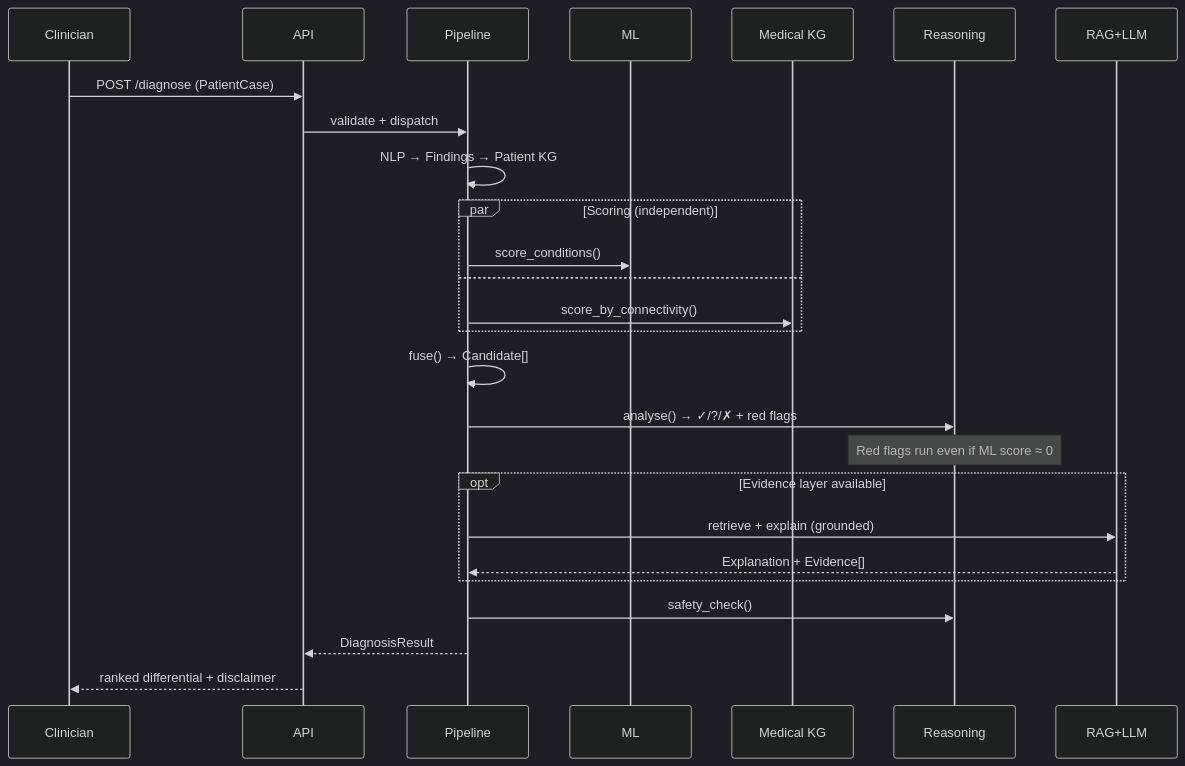
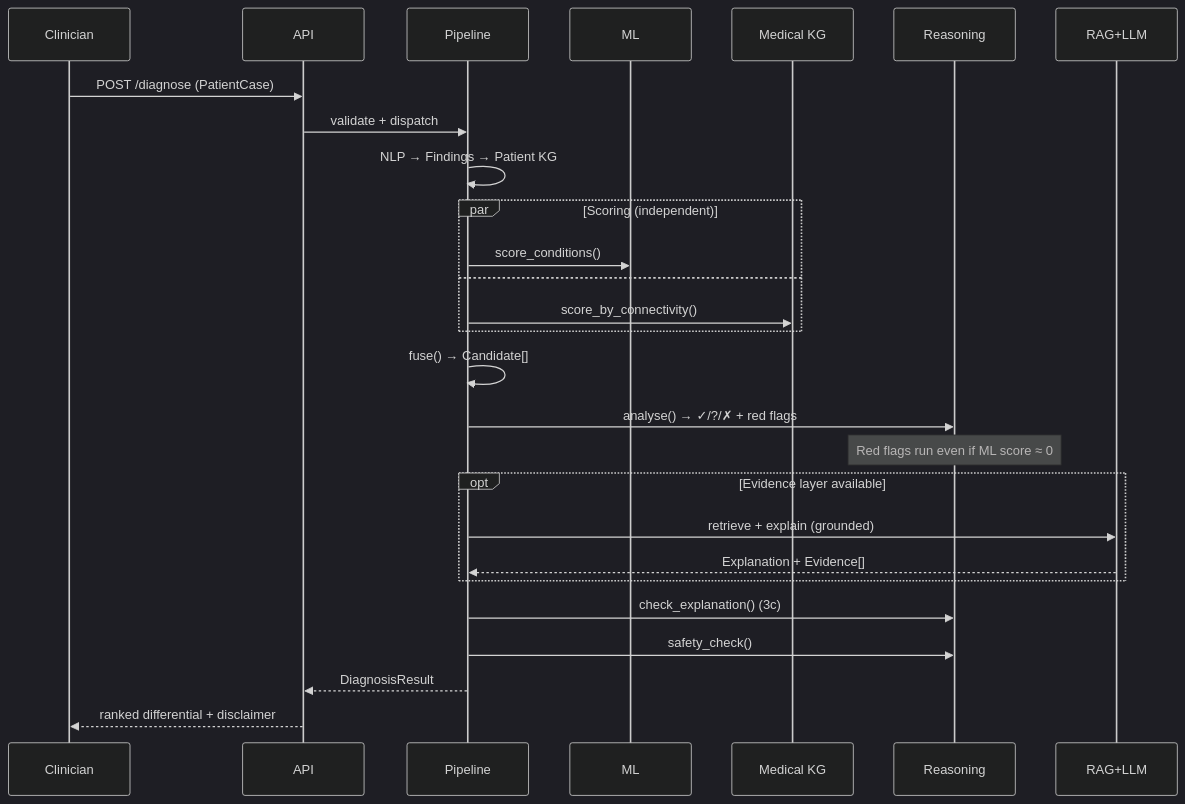
Before and after one commit to HarshRohila02/nightingale: the second of 3 diagrams in docs/02-architecture.md, drawn with Mermaid (dark theme). The commit also changed other lines of this file and 4 other files, not shown here.

````diff
--- a/docs/02-architecture.md
+++ b/docs/02-architecture.md
@@ -71,29 +71,30 @@
 ```mermaid
 sequenceDiagram
     participant C as Clinician
     participant A as API
     participant P as Pipeline
     participant M as ML
     participant K as Medical KG
     participant R as Reasoning
     participant G as RAG+LLM
 
     C->>A: POST /diagnose (PatientCase)
     A->>P: validate + dispatch
     P->>P: NLP → Findings → Patient KG
     par Scoring (independent)
         P->>M: score_conditions()
     and
         P->>K: score_by_connectivity()
     end
     P->>P: fuse() → Candidate[]
     P->>R: analyse() → ✓/?/✗ + red flags
     Note over R: Red flags run even if ML score ≈ 0
     opt Evidence layer available
         P->>G: retrieve + explain (grounded)
         G-->>P: Explanation + Evidence[]
     end
+    P->>R: check_explanation() (3c)
     P->>R: safety_check()
     P-->>A: DiagnosisResult
     A-->>C: ranked differential + disclaimer
 ```
````
